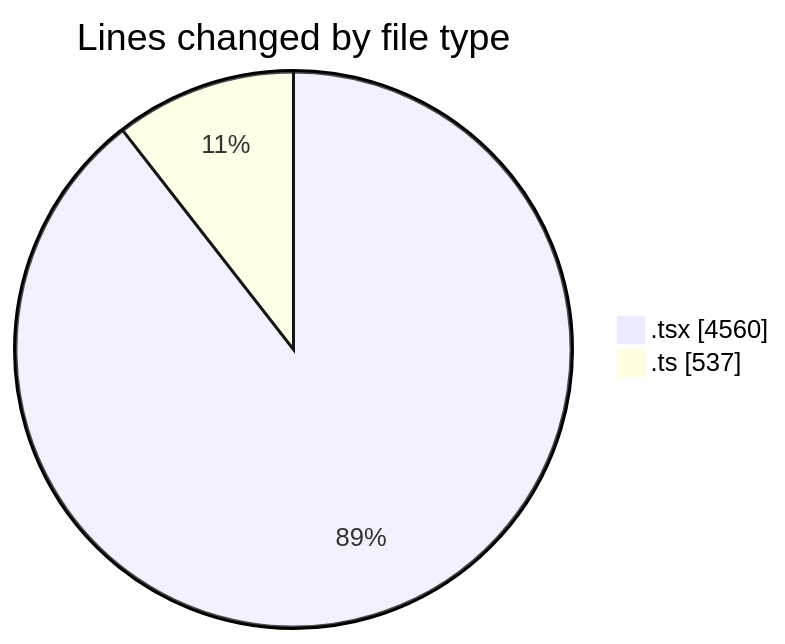
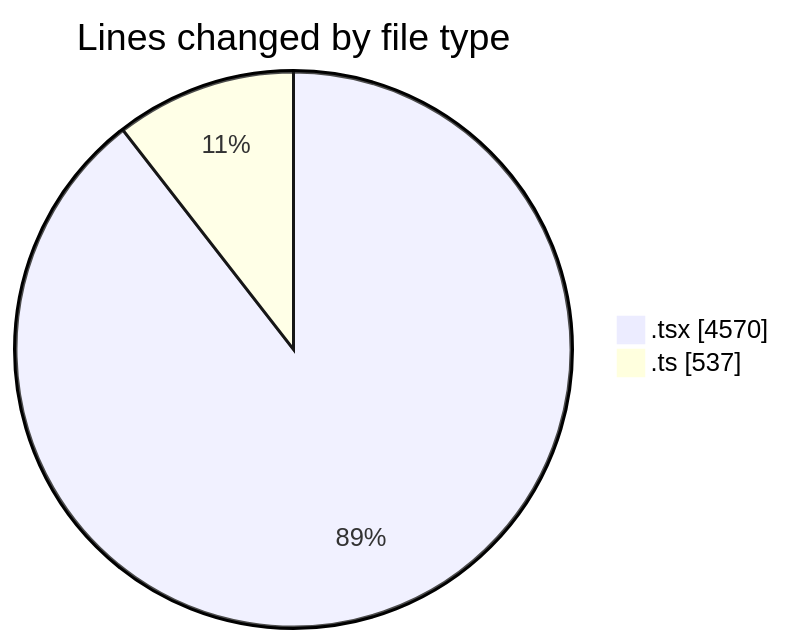
The first of 2 diagrams in 2026-03-10/nxtqube_webapp/README.md (nxtqubesakshisongat/code-tracking), drawn with Mermaid before and after one commit. The commit also changed other lines of this file and 1 other file, not shown here.

````diff
--- a/2026-03-10/nxtqube_webapp/README.md
+++ b/2026-03-10/nxtqube_webapp/README.md
@@ -29,6 +29,6 @@
 ```mermaid
 pie showData
 title Lines changed by file type
-".tsx" : 4560
+".tsx" : 4570
 ".ts" : 537
 ```
````
